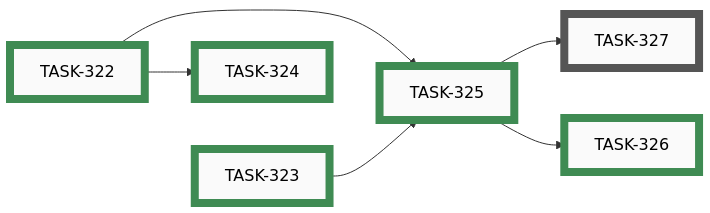
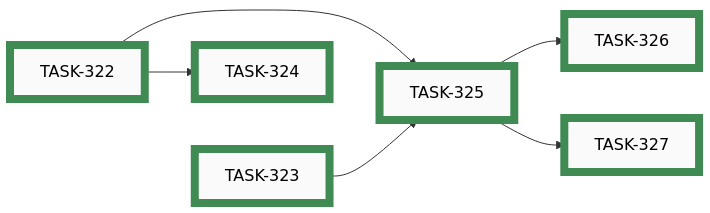
The seventh of 8 diagrams in docs/developers/tasks/EPICS.md (tgd1975/AwesomeStudioPedal), drawn with Mermaid before and after one commit. The commit also changed other lines of this file and 5 other files, not shown here.

Commit message:
close TASK-321: Fix CI failures (Mermaid lint, clang-tidy) and prevent dirty pushes

````diff
--- a/docs/developers/tasks/EPICS.md
+++ b/docs/developers/tasks/EPICS.md
@@ -243,29 +243,29 @@
 ```mermaid
 graph LR
-    TASK_327["TASK-327"]:::open
     TASK_322["TASK-322"]:::closed
     TASK_323["TASK-323"]:::closed
     TASK_324["TASK-324"]:::closed
     TASK_325["TASK-325"]:::closed
     TASK_326["TASK-326"]:::closed
-    TASK_325 --> TASK_327
+    TASK_327["TASK-327"]:::closed
     TASK_322 --> TASK_324
     TASK_322 --> TASK_325
     TASK_323 --> TASK_325
     TASK_325 --> TASK_326
+    TASK_325 --> TASK_327
     TASK_322 ~~~ TASK_323
-    click TASK_327 "open/task-327-decide-partial-hunk-policy.md"
     click TASK_322 "closed/task-322-decide-commit-provenance-and-bypass-mechanism.md"
     click TASK_323 "closed/task-323-convert-commit-skill-to-pathspec-form.md"
     click TASK_324 "closed/task-324-update-claudemd-and-add-commit-policy-page.md"
     click TASK_325 "closed/task-325-implement-precommit-hook-enforcement.md"
     click TASK_326 "closed/task-326-route-other-commit-skills-through-commit.md"
+    click TASK_327 "closed/task-327-decide-partial-hunk-policy.md"
     classDef open    fill:#FAFAFA,stroke:#555,stroke-width:8px,color:#000
     classDef active  fill:#FAFAFA,stroke:#1A6FA8,stroke-width:8px,color:#000
     classDef closed  fill:#FAFAFA,stroke:#3F8B53,stroke-width:8px,color:#000
     classDef paused  fill:#FAFAFA,stroke:#B07810,stroke-width:8px,color:#000
     classDef openExt    fill:#000,stroke:#888,stroke-width:8px,color:#FFF
     classDef activeExt  fill:#000,stroke:#3FA9F5,stroke-width:8px,color:#FFF
     classDef closedExt  fill:#000,stroke:#7CC68A,stroke-width:8px,color:#FFF
     classDef pausedExt  fill:#000,stroke:#F0B030,stroke-width:8px,color:#FFF
 ```
````
